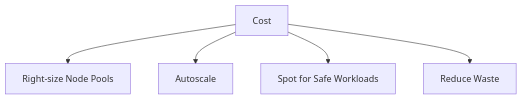
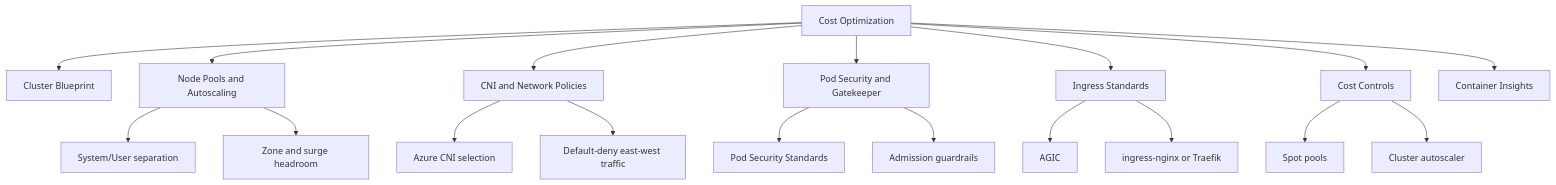
One commit to yeongseon/azure-kubernetes-service-practical-guide changed the diagram in docs/best-practices/cost-optimization.md. Above: the diagram before and after it, drawn with Mermaid. The commit also changed other lines of this file and 20 other files, not shown here.

````diff
--- a/docs/best-practices/cost-optimization.md
+++ b/docs/best-practices/cost-optimization.md
@@ -7,7 +7,20 @@
 ```mermaid
 flowchart TD
-    A[Cost] --> B[Right-size Node Pools]
-    A --> C[Autoscale]
-    A --> D[Spot for Safe Workloads]
-    A --> E[Reduce Waste]
+    A[Cost Optimization] --> B[Cluster Blueprint]
+    A --> C[Node Pools and Autoscaling]
+    A --> D[CNI and Network Policies]
+    A --> E[Pod Security and Gatekeeper]
+    A --> F[Ingress Standards]
+    A --> G[Cost Controls]
+    A --> H[Container Insights]
+    C --> C1[System/User separation]
+    C --> C2[Zone and surge headroom]
+    D --> D1[Azure CNI selection]
+    D --> D2[Default-deny east-west traffic]
+    E --> E1[Pod Security Standards]
+    E --> E2[Admission guardrails]
+    F --> F1[AGIC]
+    F --> F2[ingress-nginx or Traefik]
+    G --> G1[Spot pools]
+    G --> G2[Cluster autoscaler]
 ```
````
